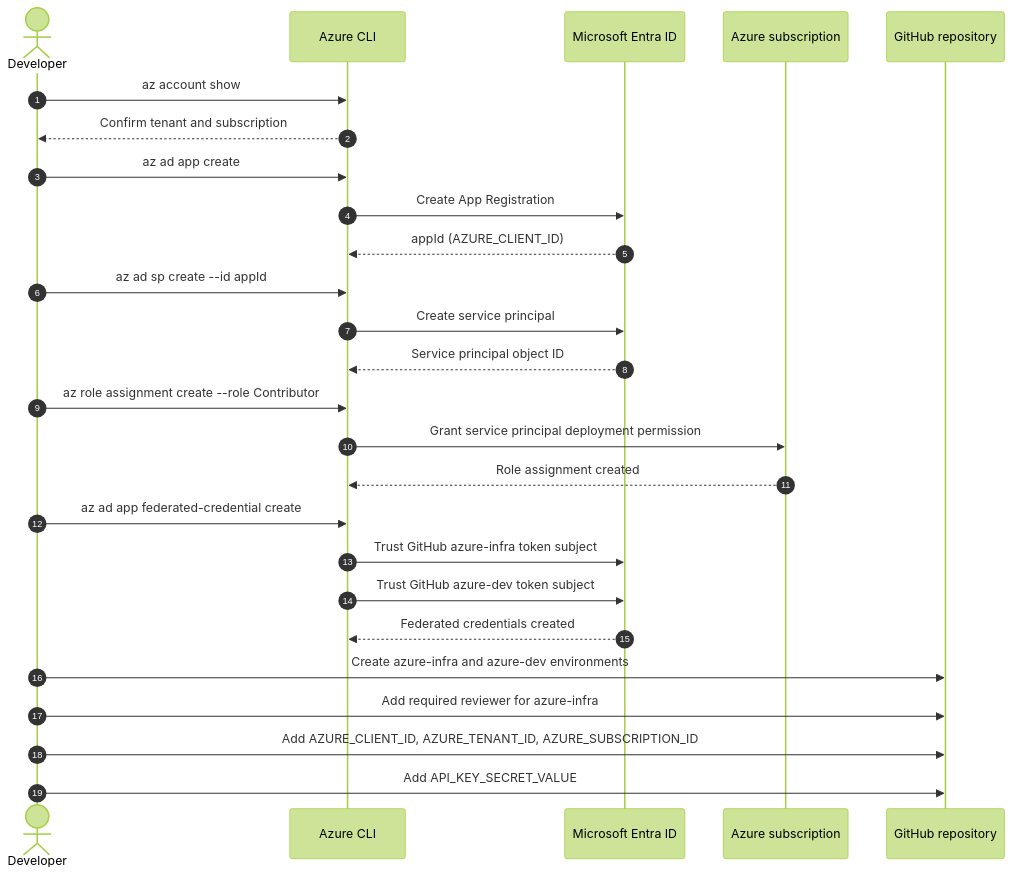
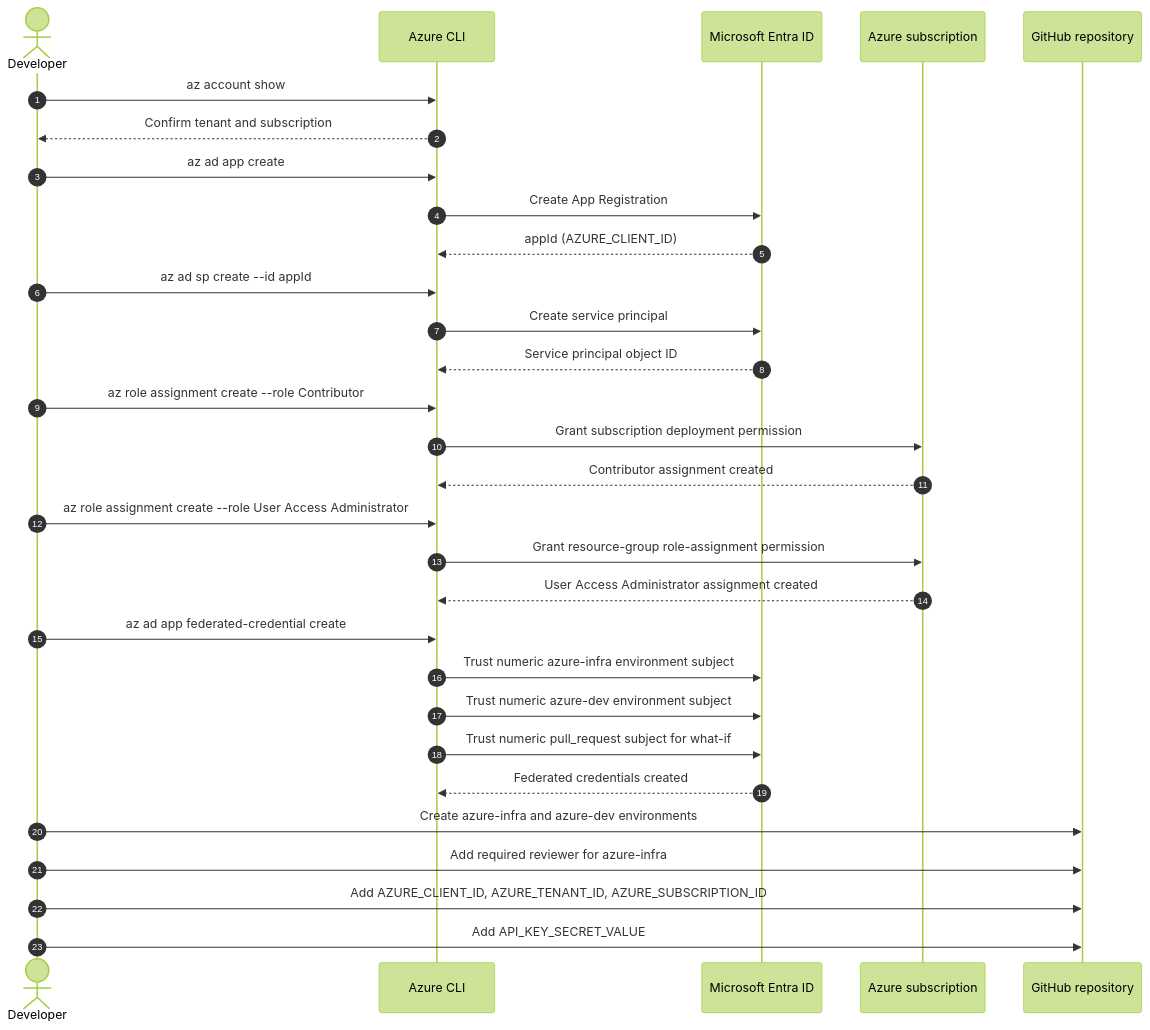
Before and after one commit to haudtech/transaction-validation: the first of 6 diagrams in docs/azure_deployment/oidc_workflow_diagrams.md, drawn with Mermaid (forest theme). The commit also changed other lines of this file and 4 other files, not shown here.

Commit message:
- Documents Azure deployment validation and shutdown.

````diff
--- a/docs/azure_deployment/oidc_workflow_diagrams.md
+++ b/docs/azure_deployment/oidc_workflow_diagrams.md
@@ -26,34 +26,38 @@
 ```mermaid
 sequenceDiagram
     autonumber
     actor Dev as Developer
     participant CLI as Azure CLI
     participant Entra as Microsoft Entra ID
     participant Azure as Azure subscription
     participant GitHub as GitHub repository
 
     Dev->>CLI: az account show
     CLI-->>Dev: Confirm tenant and subscription
 
     Dev->>CLI: az ad app create
     CLI->>Entra: Create App Registration
     Entra-->>CLI: appId (AZURE_CLIENT_ID)
 
     Dev->>CLI: az ad sp create --id appId
     CLI->>Entra: Create service principal
     Entra-->>CLI: Service principal object ID
 
     Dev->>CLI: az role assignment create --role Contributor
-    CLI->>Azure: Grant service principal deployment permission
-    Azure-->>CLI: Role assignment created
+    CLI->>Azure: Grant subscription deployment permission
+    Azure-->>CLI: Contributor assignment created
+    Dev->>CLI: az role assignment create --role User Access Administrator
+    CLI->>Azure: Grant resource-group role-assignment permission
+    Azure-->>CLI: User Access Administrator assignment created
 
     Dev->>CLI: az ad app federated-credential create
-    CLI->>Entra: Trust GitHub azure-infra token subject
-    CLI->>Entra: Trust GitHub azure-dev token subject
+    CLI->>Entra: Trust numeric azure-infra environment subject
+    CLI->>Entra: Trust numeric azure-dev environment subject
+    CLI->>Entra: Trust numeric pull_request subject for what-if
     Entra-->>CLI: Federated credentials created
 
     Dev->>GitHub: Create azure-infra and azure-dev environments
     Dev->>GitHub: Add required reviewer for azure-infra
     Dev->>GitHub: Add AZURE_CLIENT_ID, AZURE_TENANT_ID, AZURE_SUBSCRIPTION_ID
     Dev->>GitHub: Add API_KEY_SECRET_VALUE
 ```
````
